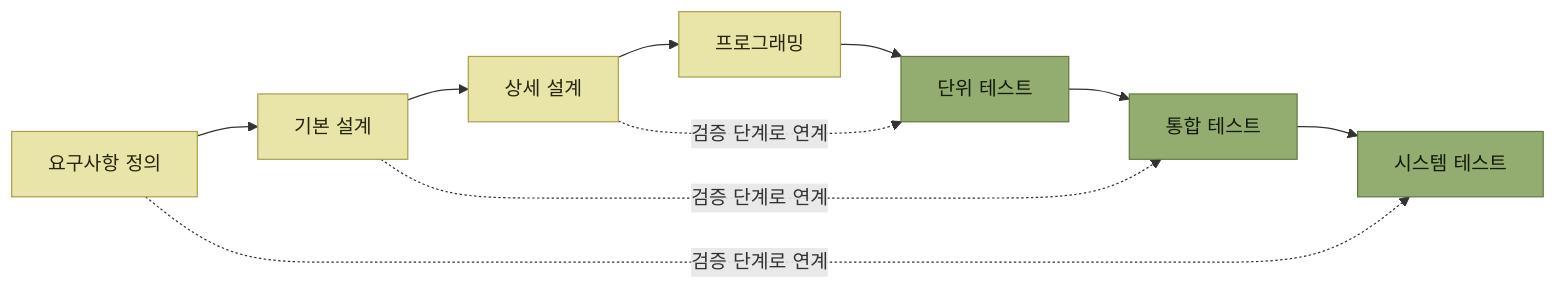
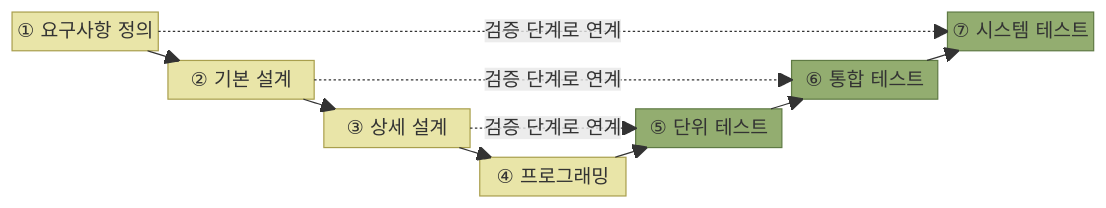
The fourth of 4 diagrams in books/아키텍트-첫걸음/2-소프트웨어-설계/1-소프트웨어-개발-프로세스.md (devholic22/logistics-backend-study), drawn with Mermaid before and after one commit. The commit also changed other lines of this file and 2 other files, not shown here.

Commit message:
docs: address software design review

````diff
--- a/books/아키텍트-첫걸음/2-소프트웨어-설계/1-소프트웨어-개발-프로세스.md
+++ b/books/아키텍트-첫걸음/2-소프트웨어-설계/1-소프트웨어-개발-프로세스.md
@@ -186,27 +186,24 @@
 ```mermaid
-flowchart LR
-    %% lint-ok: NO-INBOUND, DEAD-END  요구사항 정의가 시작점, 시스템 테스트가 종점인 V자 흐름이다
-    RD["요구사항 정의"]
-    BD["기본 설계"]
-    DD["상세 설계"]
-    PG["프로그래밍"]
-    UT["단위 테스트"]
-    IT["통합 테스트"]
-    ST["시스템 테스트"]
+block-beta
+    columns 7
+    RD["① 요구사항 정의"] space:5 ST["⑦ 시스템 테스트"]
+    space BD["② 기본 설계"] space:3 IT["⑥ 통합 테스트"] space
+    space:2 DD["③ 상세 설계"] space UT["⑤ 단위 테스트"] space:2
+    space:3 PG["④ 프로그래밍"] space:3
 
     RD --> BD
     BD --> DD
     DD --> PG
     PG --> UT
     UT --> IT
     IT --> ST
 
     DD -. "검증 단계로 연계" .-> UT
     BD -. "검증 단계로 연계" .-> IT
     RD -. "검증 단계로 연계" .-> ST
 
     classDef sys fill:#e9e5a8,stroke:#a99f4d,color:#26240c
     classDef core fill:#93ad70,stroke:#5f7a44,color:#121a08
     class RD,BD,DD,PG sys
     class UT,IT,ST core
 ```
````
